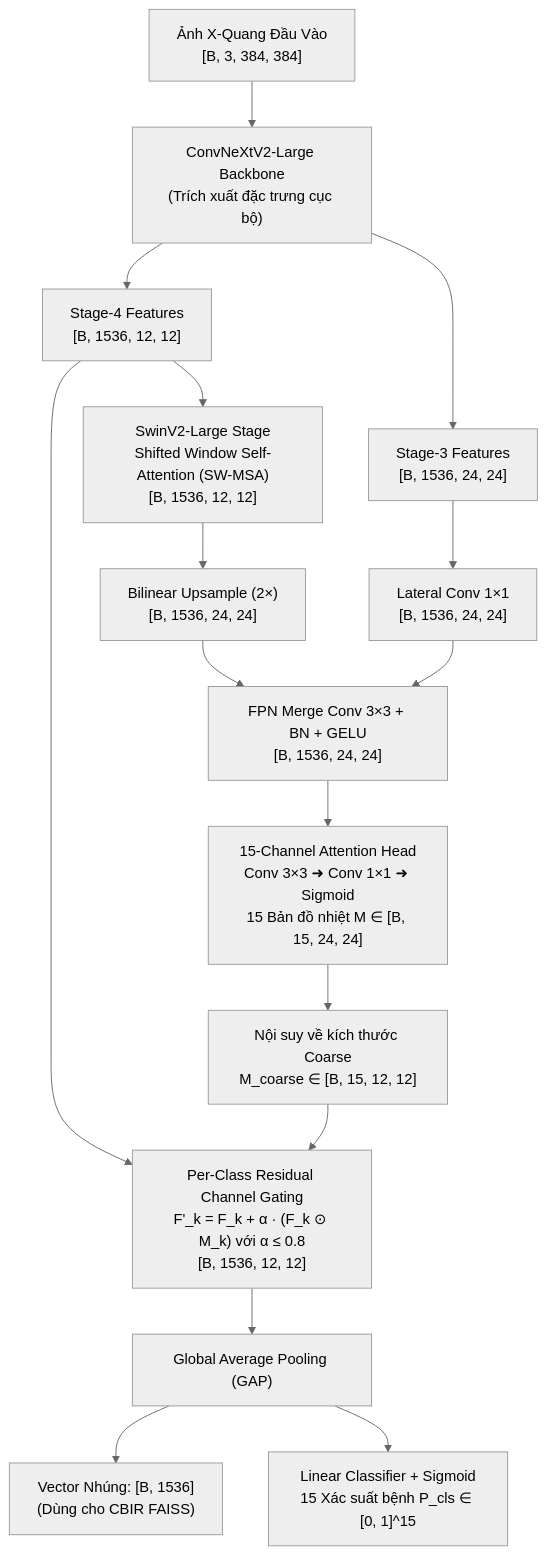
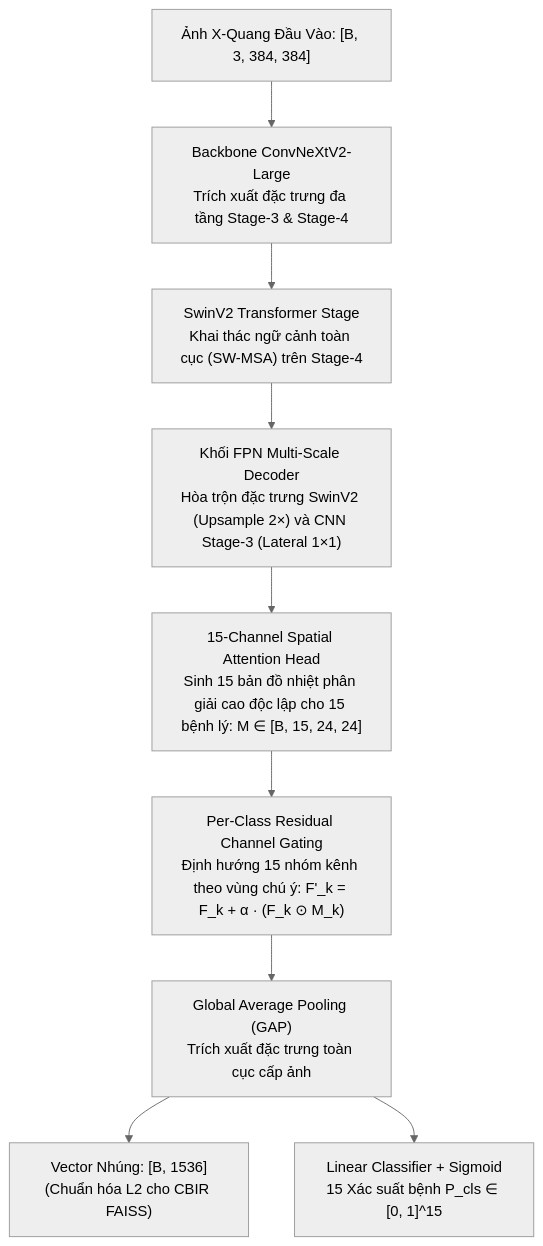
The second of 6 diagrams in README.md (lecuong2512/CheXNet), drawn with Mermaid (neutral theme) before and after one commit. The commit also changed other lines of this file, not shown here.

Commit message:
docs: redraw 6 modular flowcharts without crossing arrows and fix formula rendering

````diff
--- a/README.md
+++ b/README.md
@@ -130,25 +98,17 @@
 ```mermaid
 flowchart TB
-    IMG["Ảnh X-Quang Đầu Vào<br/>[B, 3, 384, 384]"] --> CNN["ConvNeXtV2-Large Backbone<br/>(Trích xuất đặc trưng cục bộ)"]
+    IMG["Ảnh X-Quang Đầu Vào: [B, 3, 384, 384]"] --> CNN["Backbone ConvNeXtV2-Large<br/>Trích xuất đặc trưng đa tầng Stage-3 & Stage-4"]
 
-    CNN --> S3["Stage-3 Features<br/>[B, 1536, 24, 24]"]
-    CNN --> S4["Stage-4 Features<br/>[B, 1536, 12, 12]"]
+    CNN --> SWIN["SwinV2 Transformer Stage<br/>Khai thác ngữ cảnh toàn cục (SW-MSA) trên Stage-4"]
 
-    S4 --> SWIN["SwinV2-Large Stage<br/>Shifted Window Self-Attention (SW-MSA)<br/>[B, 1536, 12, 12]"]
+    SWIN --> FPN["Khối FPN Multi-Scale Decoder<br/>Hòa trộn đặc trưng SwinV2 (Upsample 2×) và CNN Stage-3 (Lateral 1×1)"]
 
-    SWIN --> UP["Bilinear Upsample (2×)<br/>[B, 1536, 24, 24]"]
-    S3 --> LAT["Lateral Conv 1×1<br/>[B, 1536, 24, 24]"]
+    FPN --> ATT["15-Channel Spatial Attention Head<br/>Sinh 15 bản đồ nhiệt phân giải cao độc lập cho 15 bệnh lý: M ∈ [B, 15, 24, 24]"]
 
-    UP & LAT --> FPN["FPN Merge Conv 3×3 + BN + GELU<br/>[B, 1536, 24, 24]"]
+    ATT --> GATING["Per-Class Residual Channel Gating<br/>Định hướng 15 nhóm kênh theo vùng chú ý: F'_k = F_k + α · (F_k ⊙ M_k)"]
 
-    FPN --> ATT["15-Channel Attention Head<br/>Conv 3×3 ➜ Conv 1×1 ➜ Sigmoid<br/>15 Bản đồ nhiệt M ∈ [B, 15, 24, 24]"]
+    GATING --> GAP["Global Average Pooling (GAP)<br/>Trích xuất đặc trưng toàn cục cấp ảnh"]
 
-    ATT --> INTERP["Nội suy về kích thước Coarse<br/>M_coarse ∈ [B, 15, 12, 12]"]
-
-    S4 & INTERP --> GATING["Per-Class Residual Channel Gating<br/>F'_k = F_k + α · (F_k ⊙ M_k) với α ≤ 0.8<br/>[B, 1536, 12, 12]"]
-
-    GATING --> GAP["Global Average Pooling (GAP)"]
-
-    GAP --> EMBED["Vector Nhúng: [B, 1536]<br/>(Dùng cho CBIR FAISS)"]
-    GAP --> CLS["Linear Classifier + Sigmoid<br/>15 Xác suất bệnh P_cls ∈ [0, 1]^15"]
+    GAP --> OUT_EMB["Vector Nhúng: [B, 1536]<br/>(Chuẩn hóa L2 cho CBIR FAISS)"]
+    GAP --> OUT_CLS["Linear Classifier + Sigmoid<br/>15 Xác suất bệnh P_cls ∈ [0, 1]^15"]
 ```
````
